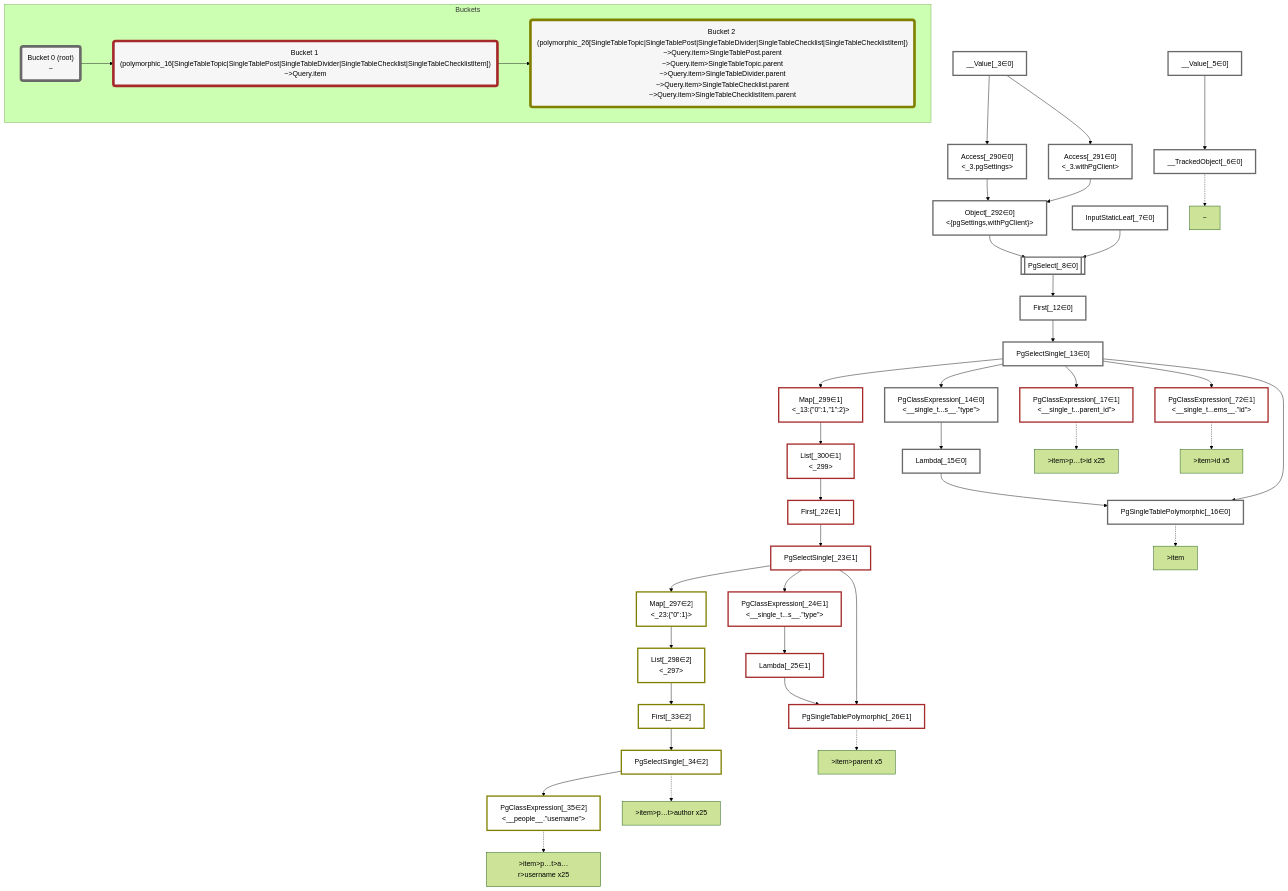
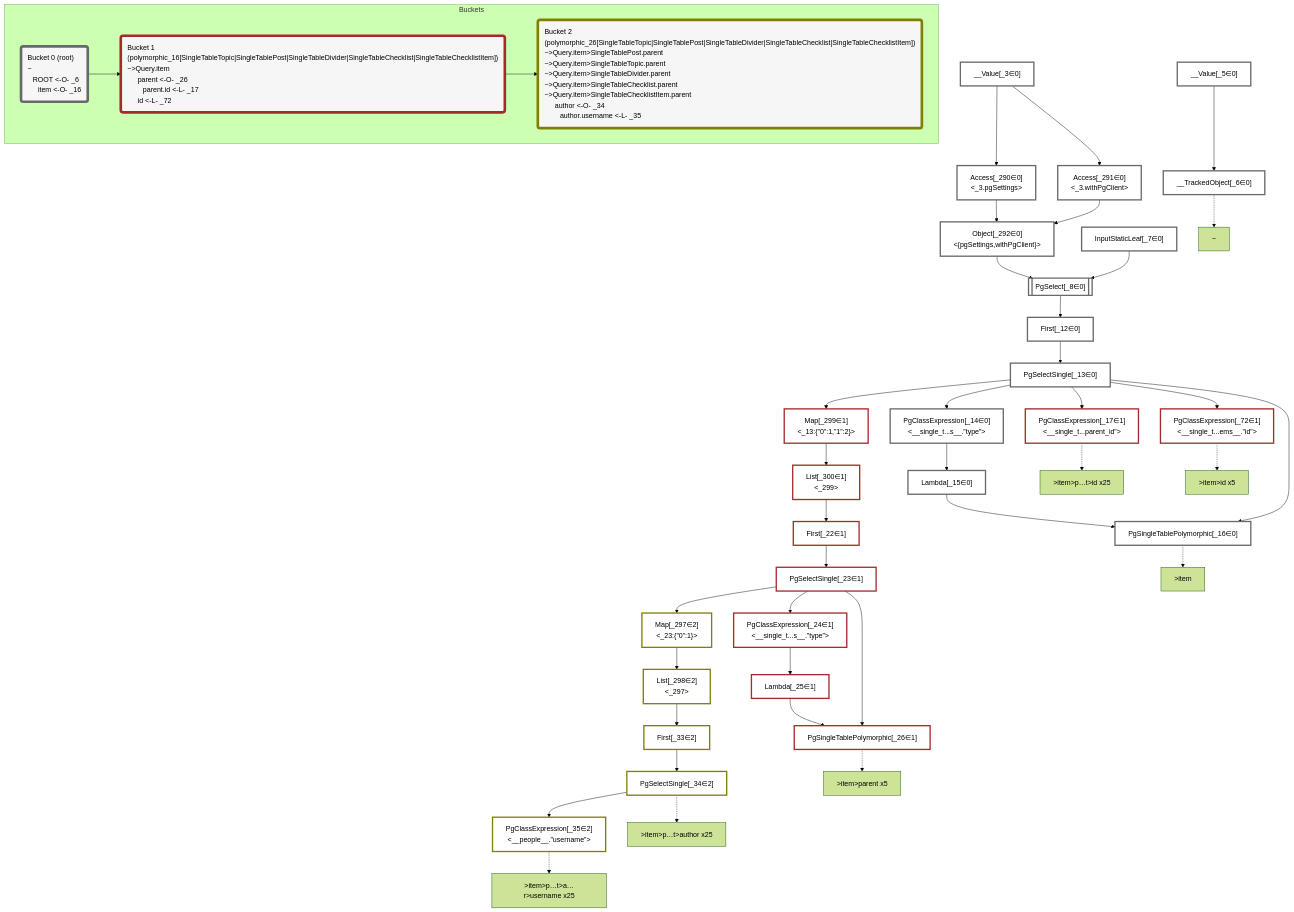
The diagram in packages/dataplan-pg/__tests__/queries/interfaces-single-table/relation.mermaid.md (graphile/crystal), drawn with Mermaid (forest theme) before and after one commit. The commit also changed 195 other files, not shown here.

```diff
--- a/packages/dataplan-pg/__tests__/queries/interfaces-single-table/relation.mermaid.md
+++ b/packages/dataplan-pg/__tests__/queries/interfaces-single-table/relation.mermaid.md
@@ -4,7 +4,7 @@
     classDef plan fill:#fff,stroke-width:3px,color:#000
     classDef itemplan fill:#fff,stroke-width:6px,color:#000
     classDef sideeffectplan fill:#f00,stroke-width:6px,color:#000
-    classDef bucket fill:#f6f6f6,color:#000,stroke-width:6px
+    classDef bucket fill:#f6f6f6,color:#000,stroke-width:6px,text-align:left
 
 
     %% define plans
@@ -91,12 +91,12 @@
     class First_33,PgSelectSingle_34,PgClassExpression_35,Map_297,List_298 bucket2
 
     subgraph Buckets
-    Bucket0("Bucket 0 (root)<br />~"):::bucket
+    Bucket0("Bucket 0 (root)<br />~<br />⠀ROOT <-O- _6<br />⠀⠀item <-O- _16"):::bucket
     style Bucket0 stroke:#696969
-    Bucket1("Bucket 1 (polymorphic_16[SingleTableTopic|SingleTablePost|SingleTableDivider|SingleTableChecklist|SingleTableChecklistItem])<br />~>Query.item"):::bucket
+    Bucket1("Bucket 1 (polymorphic_16[SingleTableTopic|SingleTablePost|SingleTableDivider|SingleTableChecklist|SingleTableChecklistItem])<br />~>Query.item<br />⠀⠀parent <-O- _26<br />⠀⠀⠀parent.id <-L- _17<br />⠀⠀id <-L- _72"):::bucket
     style Bucket1 stroke:#a52a2a
     Bucket0 --> Bucket1
-    Bucket2("Bucket 2 (polymorphic_26[SingleTableTopic|SingleTablePost|SingleTableDivider|SingleTableChecklist|SingleTableChecklistItem])<br />~>Query.item>SingleTablePost.parent<br />~>Query.item>SingleTableTopic.parent<br />~>Query.item>SingleTableDivider.parent<br />~>Query.item>SingleTableChecklist.parent<br />~>Query.item>SingleTableChecklistItem.parent"):::bucket
+    Bucket2("Bucket 2 (polymorphic_26[SingleTableTopic|SingleTablePost|SingleTableDivider|SingleTableChecklist|SingleTableChecklistItem])<br />~>Query.item>SingleTablePost.parent<br />~>Query.item>SingleTableTopic.parent<br />~>Query.item>SingleTableDivider.parent<br />~>Query.item>SingleTableChecklist.parent<br />~>Query.item>SingleTableChecklistItem.parent<br />⠀⠀author <-O- _34<br />⠀⠀⠀author.username <-L- _35"):::bucket
     style Bucket2 stroke:#808000
     Bucket1 --> Bucket2
     end
```
